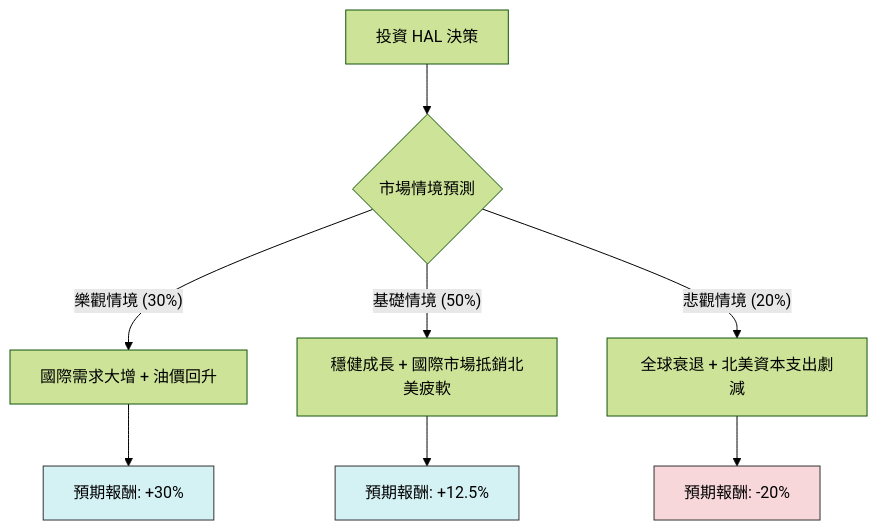
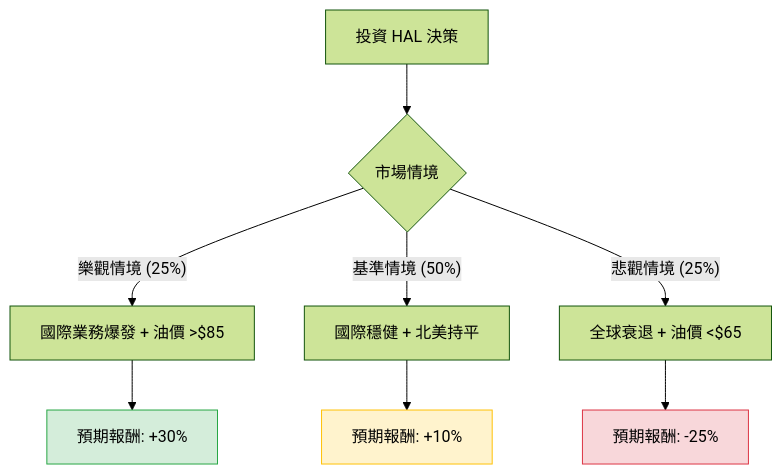
The diagram in plugin-react/ai-analysis/ev-analysis/HAL.md (zmcx16/zmcx16.github.io), drawn with Mermaid (forest theme) before and after one commit. The commit also changed other lines of this file and 81 other files, not shown here.

````diff
--- a/plugin-react/ai-analysis/ev-analysis/HAL.md
+++ b/plugin-react/ai-analysis/ev-analysis/HAL.md
@@ -18,16 +20,16 @@
 ```mermaid
 graph TD
-    A[投資 HAL 決策] --> B{市場情境預測}
+    A[投資 HAL 決策] --> B{市場情境}
     
-    B -- 樂觀情境 (30%) --> C[國際需求大增 + 油價回升]
-    B -- 基礎情境 (50%) --> D[穩健成長 + 國際市場抵銷北美疲軟]
-    B -- 悲觀情境 (20%) --> E[全球衰退 + 北美資本支出劇減]
+    B -- 樂觀情境 (25%) --> C[國際業務爆發 + 油價 >$85]
+    B -- 基準情境 (50%) --> D[國際穩健 + 北美持平]
+    B -- 悲觀情境 (25%) --> E[全球衰退 + 油價 <$65]
 
     C --> C1[預期報酬: +30%]
-    D --> D1[預期報酬: +12.5%]
-    E --> E1[預期報酬: -20%]
-    
-    style C1 fill:#d4f1f4,stroke:#333
-    style D1 fill:#d4f1f4,stroke:#333
-    style E1 fill:#f8d7da,stroke:#333
+    D --> D1[預期報酬: +10%]
+    E --> E1[預期報酬: -25%]
+
+    style C1 fill:#d4edda,stroke:#28a745
+    style D1 fill:#fff3cd,stroke:#ffc107
+    style E1 fill:#f8d7da,stroke:#dc3545
 ```
````
